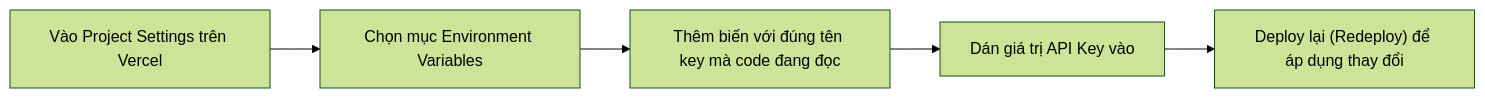
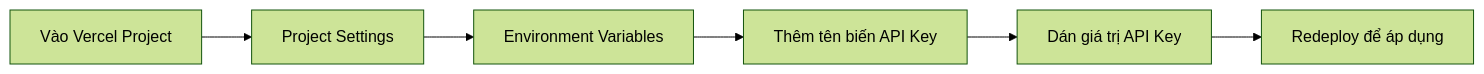
One commit to AlanKhan145/course-knowledge-base changed the third of 3 diagrams in khoa-hoc-vibe-coding-co-ban/Module 05 - Thuc Hanh Du An Vibe Code/17-ket-noi-ai-api-key.md. Above: the diagram before and after it, drawn with Mermaid (forest theme). The commit also changed other lines of this file and 19 other files, not shown here.

````diff
--- a/khoa-hoc-vibe-coding-co-ban/Module 05 - Thuc Hanh Du An Vibe Code/17-ket-noi-ai-api-key.md
+++ b/khoa-hoc-vibe-coding-co-ban/Module 05 - Thuc Hanh Du An Vibe Code/17-ket-noi-ai-api-key.md
@@ -78,7 +205,8 @@
 ```mermaid
 flowchart LR
-    A["Vào Project Settings trên Vercel"] --> B["Chọn mục Environment Variables"]
-    B --> C["Thêm biến với đúng tên key mà code đang đọc"]
-    C --> D["Dán giá trị API Key vào"]
-    D --> E["Deploy lại (Redeploy) để áp dụng thay đổi"]
+    A["Vào Vercel Project"] --> B["Project Settings"]
+    B --> C["Environment Variables"]
+    C --> D["Thêm tên biến API Key"]
+    D --> E["Dán giá trị API Key"]
+    E --> F["Redeploy để áp dụng"]
 ```
````
